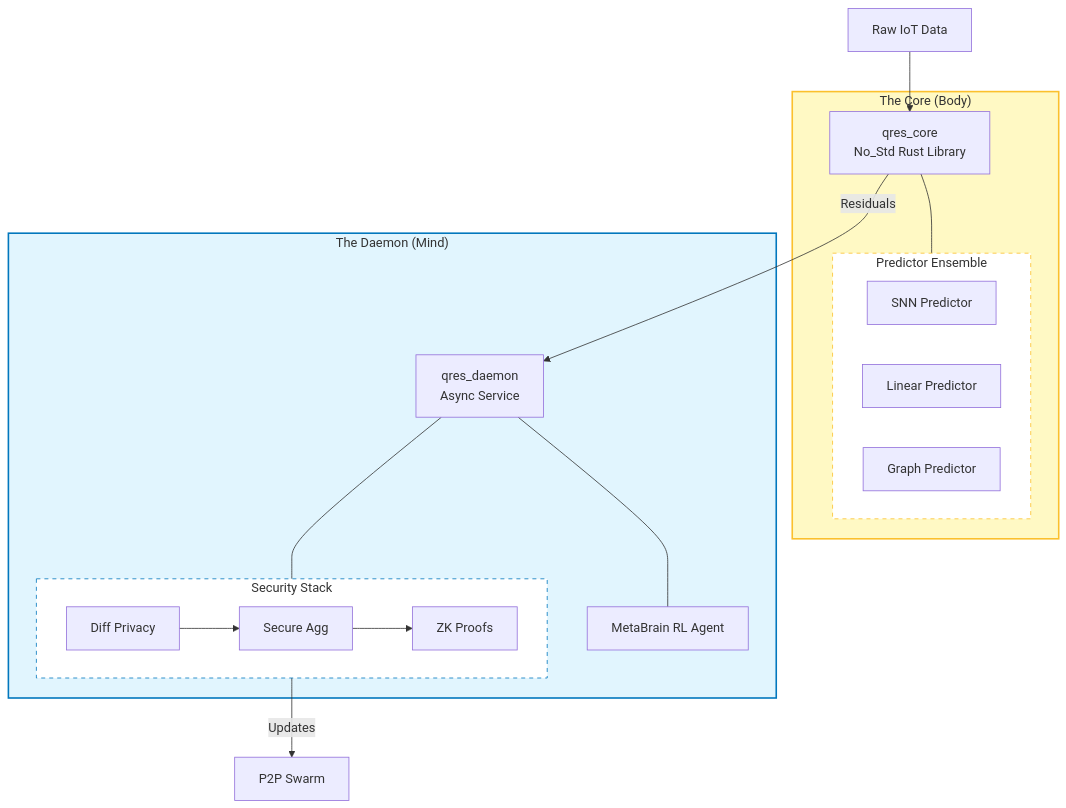
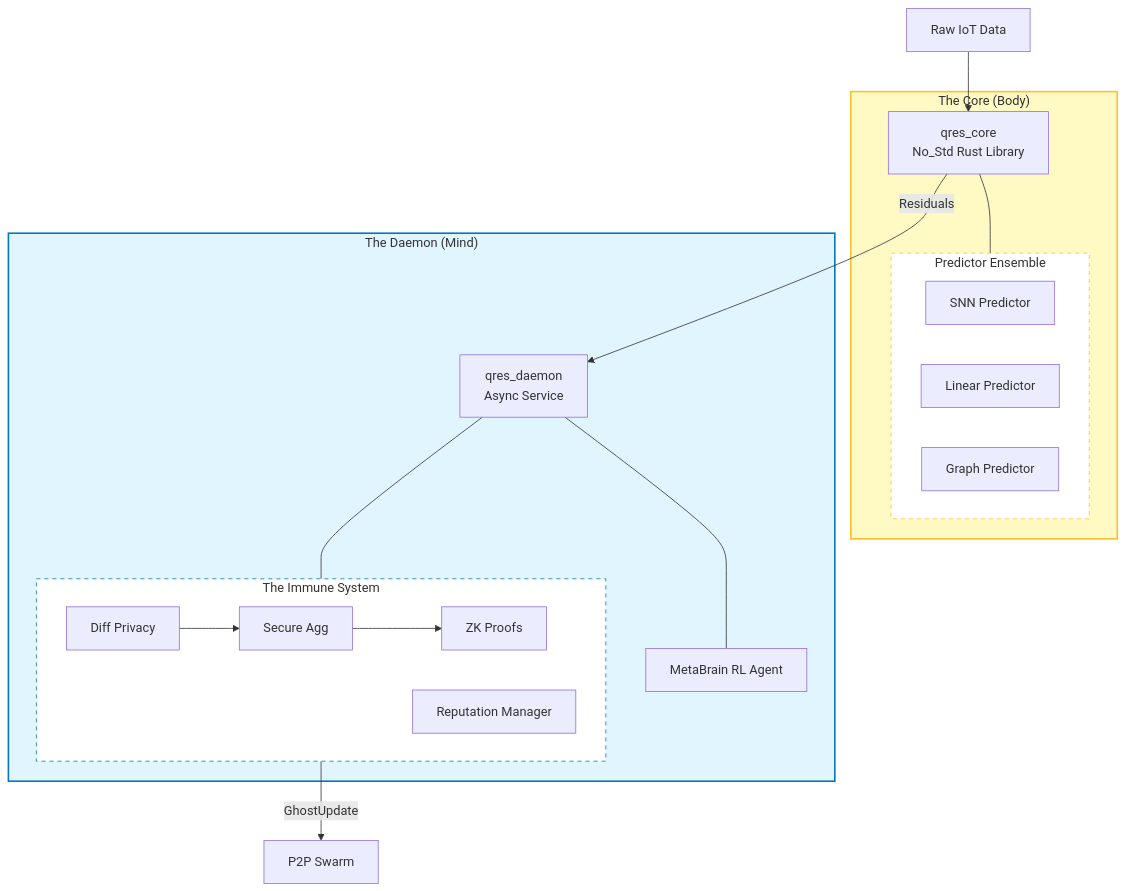
The diagram in README.md (CavinKrenik/QRES), drawn with Mermaid before and after one commit. The commit also changed other lines of this file and 5 other files, not shown here.

````diff
--- a/README.md
+++ b/README.md
@@ -42,35 +46,36 @@
 ```mermaid
 graph TD
     IoT[Raw IoT Data] --> Core
     
     subgraph Body ["The Core (Body)"]
         style Body fill:#fff9c4,stroke:#fbc02d,stroke-width:2px
         Core[qres_core<br>No_Std Rust Library]
         
         subgraph Predictors [Predictor Ensemble]
             style Predictors fill:#ffffff,stroke:#fbc02d,stroke-width:1px,stroke-dasharray: 5 5
             SNN[SNN Predictor]
             Linear[Linear Predictor]
             Graph[Graph Predictor]
         end
         Core --- Predictors
     end
     
     Core -->|Residuals| Daemon
     
     subgraph Mind ["The Daemon (Mind)"]
         style Mind fill:#e1f5fe,stroke:#0277bd,stroke-width:2px
         Daemon[qres_daemon<br>Async Service]
         MetaBrain[MetaBrain RL Agent]
         
-        subgraph Security ["Security Stack"]
+        subgraph Security ["The Immune System"]
             style Security fill:#ffffff,stroke:#0277bd,stroke-width:1px,stroke-dasharray: 5 5
             L1[Diff Privacy] --> L2[Secure Agg] --> L3[ZK Proofs]
+            Reputation[Reputation Manager]
         end
         
         Daemon --- MetaBrain
         Daemon --- Security
     end
 
-    Security -->|Updates| Swarm[P2P Swarm]
+    Security -->|GhostUpdate| Swarm[P2P Swarm]
 ```
````
